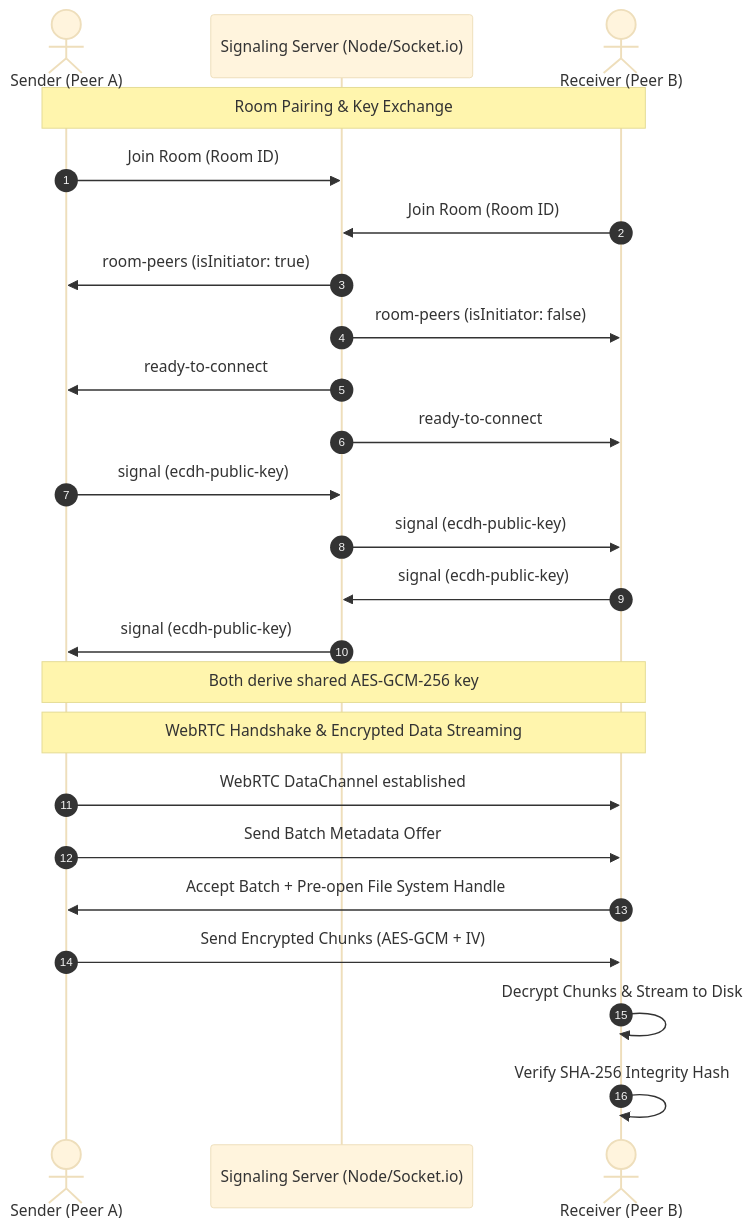
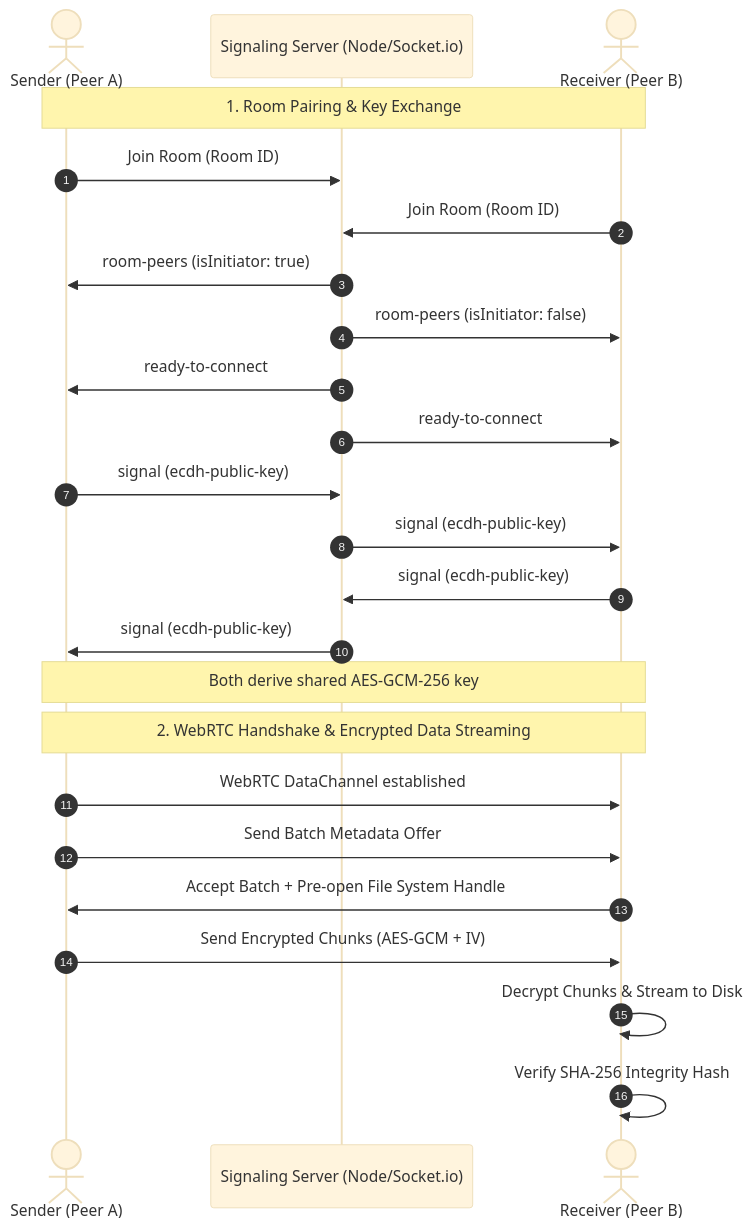
The diagram in README.md (Rohan-756/FileShare), drawn with Mermaid (base theme) before and after one commit. The commit also changed other lines of this file, not shown here.

````diff
--- a/README.md
+++ b/README.md
@@ -35,29 +44,29 @@
 ```mermaid
 sequenceDiagram
     autonumber
     actor PeerA as Sender (Peer A)
     participant Signal as Signaling Server (Node/Socket.io)
     actor PeerB as Receiver (Peer B)
 
-    Note over PeerA, PeerB: Room Pairing & Key Exchange
+    Note over PeerA, PeerB: 1. Room Pairing & Key Exchange
     PeerA->>Signal: Join Room (Room ID)
     PeerB->>Signal: Join Room (Room ID)
     Signal->>PeerA: room-peers (isInitiator: true)
     Signal->>PeerB: room-peers (isInitiator: false)
     Signal->>PeerA: ready-to-connect
     Signal->>PeerB: ready-to-connect
 
     PeerA->>Signal: signal (ecdh-public-key)
     Signal->>PeerB: signal (ecdh-public-key)
     PeerB->>Signal: signal (ecdh-public-key)
     Signal->>PeerA: signal (ecdh-public-key)
     Note over PeerA, PeerB: Both derive shared AES-GCM-256 key
 
-    Note over PeerA, PeerB: WebRTC Handshake & Encrypted Data Streaming
+    Note over PeerA, PeerB: 2. WebRTC Handshake & Encrypted Data Streaming
     PeerA->>PeerB: WebRTC DataChannel established
     PeerA->>PeerB: Send Batch Metadata Offer
     PeerB->>PeerA: Accept Batch + Pre-open File System Handle
     PeerA->>PeerB: Send Encrypted Chunks (AES-GCM + IV)
     PeerB->>PeerB: Decrypt Chunks & Stream to Disk
     PeerB->>PeerB: Verify SHA-256 Integrity Hash
 ```
````
